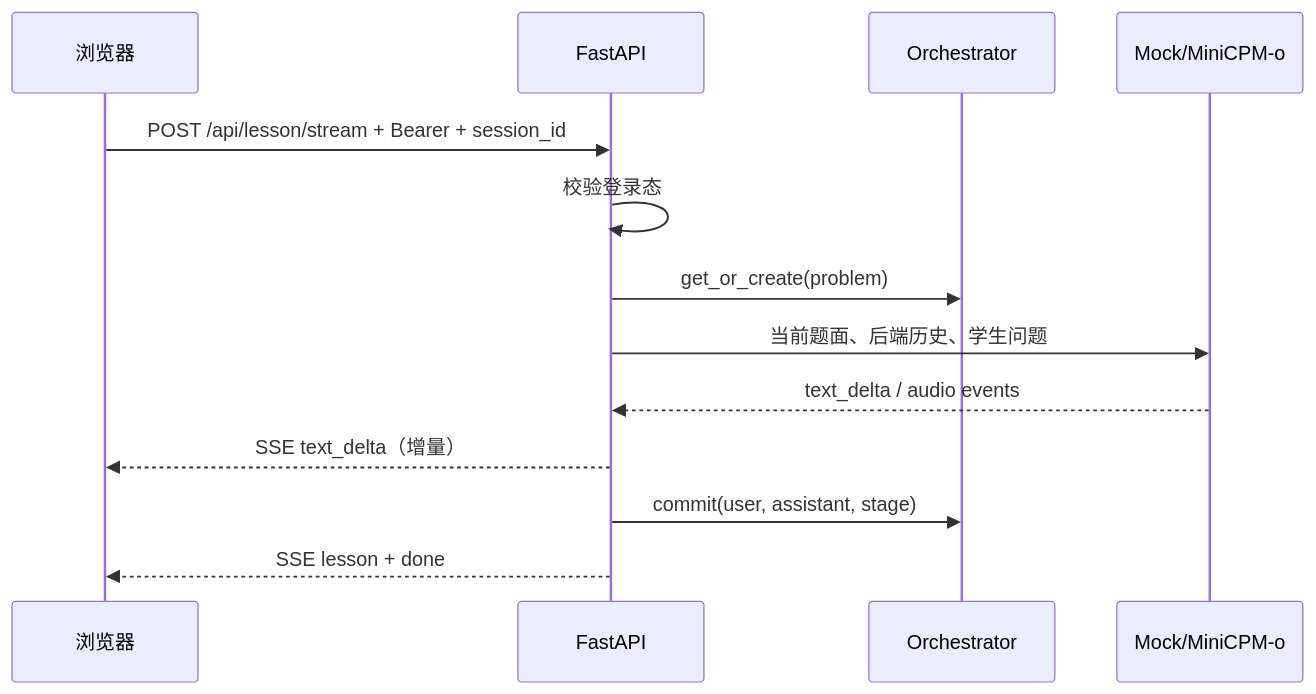
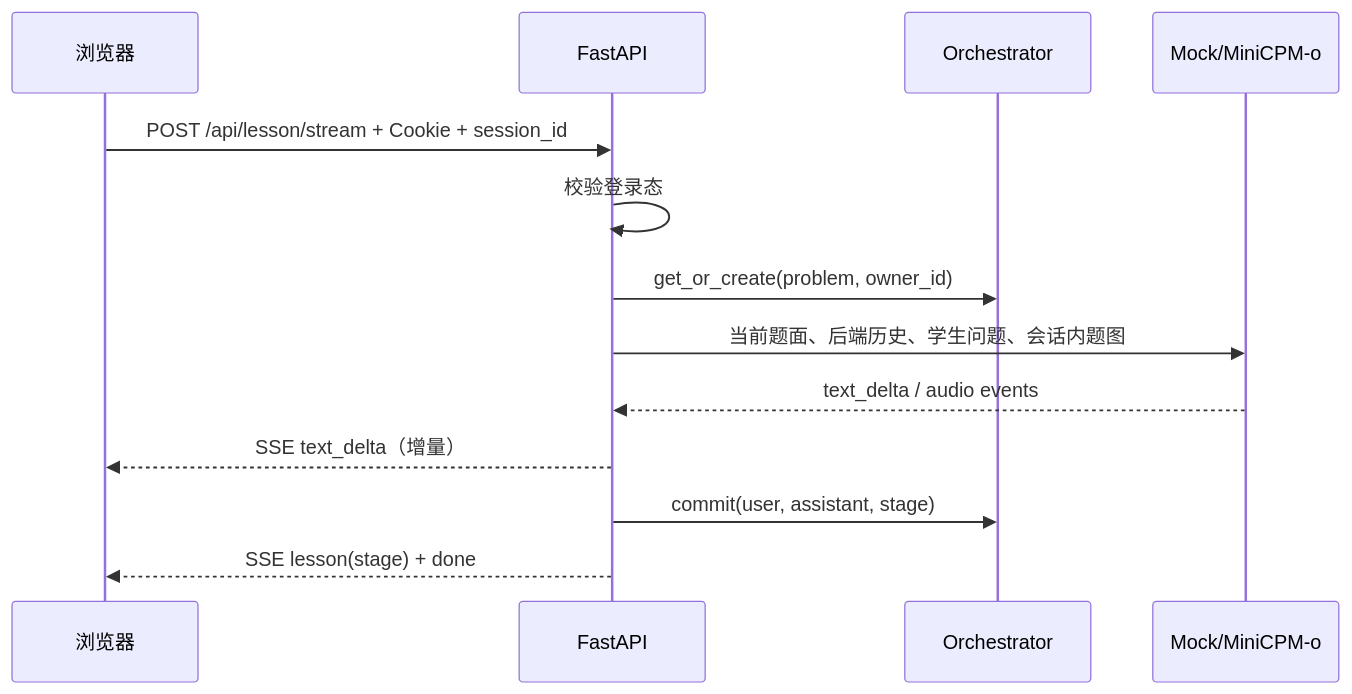
The fourth of 4 diagrams in docs/02-概要设计.md (hailaobao2026/ai-teaching-miniCPM), drawn with Mermaid before and after one commit. The commit also changed other lines of this file and 73 other files, not shown here.

````diff
--- a/docs/02-概要设计.md
+++ b/docs/02-概要设计.md
@@ -80,15 +81,15 @@
 ```mermaid
 sequenceDiagram
     participant U as 浏览器
     participant A as FastAPI
     participant O as Orchestrator
     participant M as Mock/MiniCPM-o
-    U->>A: POST /api/lesson/stream + Bearer + session_id
+    U->>A: POST /api/lesson/stream + Cookie + session_id
     A->>A: 校验登录态
-    A->>O: get_or_create(problem)
-    A->>M: 当前题面、后端历史、学生问题
+    A->>O: get_or_create(problem, owner_id)
+    A->>M: 当前题面、后端历史、学生问题、会话内题图
     M-->>A: text_delta / audio events
     A-->>U: SSE text_delta（增量）
     A->>O: commit(user, assistant, stage)
-    A-->>U: SSE lesson + done
+    A-->>U: SSE lesson(stage) + done
 ```
````
